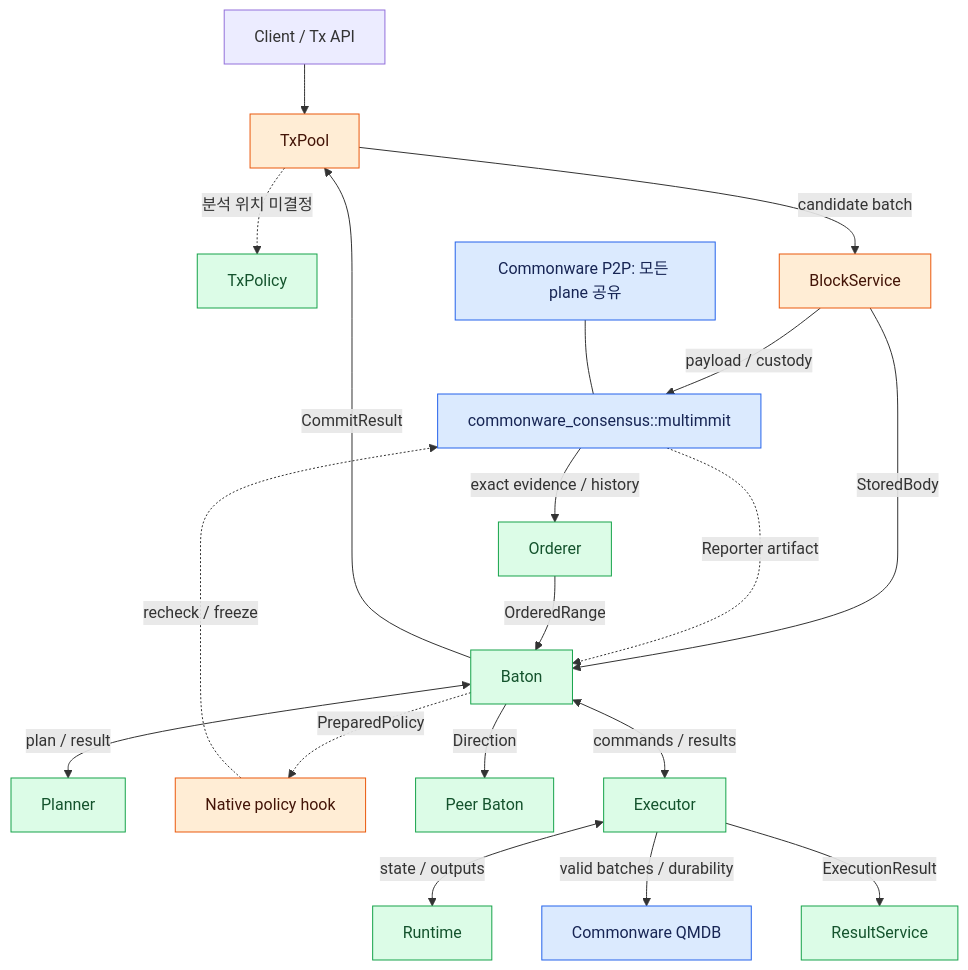
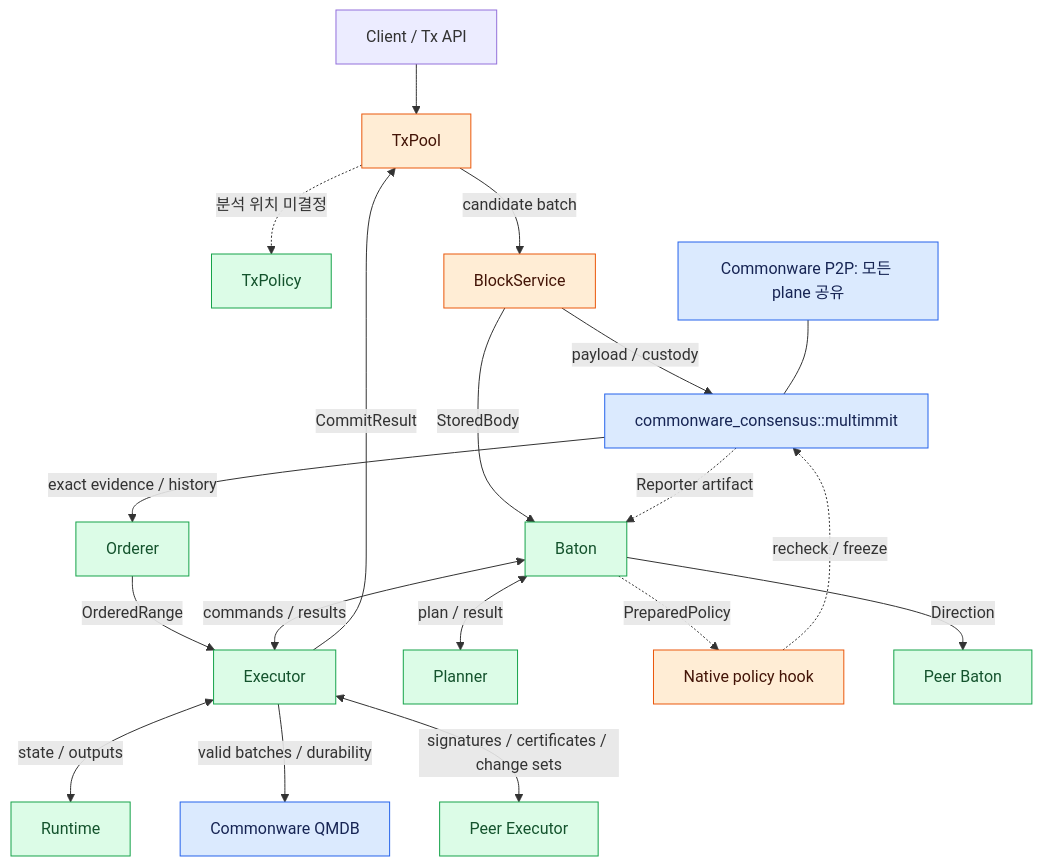
Before and after one commit to djm07073/baton-research: the first of 18 diagrams in IMPLEMENTATION_SPEC.md, drawn with Mermaid. The commit also changed other lines of this file and 30 other files, not shown here.

````diff
--- a/IMPLEMENTATION_SPEC.md
+++ b/IMPLEMENTATION_SPEC.md
@@ -30,27 +30,27 @@
 ```mermaid
 flowchart TB
     C[Client / Tx API] --> T[TxPool]
     T -. 분석 위치 미결정 .-> X[TxPolicy]
     T -->|candidate batch| B[BlockService]
     B -->|payload / custody| N[commonware_consensus::multimmit]
     N -->|exact evidence / history| M[Orderer]
     B -->|StoredBody| O[Baton]
     N -. Reporter artifact .-> O
-    M -->|OrderedRange| O
+    M -->|OrderedRange| E
     O <-->|plan / result| P[Planner]
     O -. PreparedPolicy .-> H[Native policy hook]
     H -. recheck / freeze .-> N
     O -->|Direction| PE[Peer Baton]
     O <-->|commands / results| E[Executor]
     E <-->|state / outputs| R[Runtime]
     E -->|valid batches / durability| S[Commonware QMDB]
-    E -->|ExecutionResult| V[ResultService]
-    O -->|CommitResult| T
+    E <-->|signatures / certificates / change sets| V[Peer Executor]
+    E -->|CommitResult| T
     NET[Commonware P2P: 모든 plane 공유] --- N
     classDef reuse fill:#dbeafe,stroke:#2563eb,color:#172554;
     classDef adapt fill:#ffedd5,stroke:#ea580c,color:#431407;
     classDef new fill:#dcfce7,stroke:#16a34a,color:#14532d;
     class N,NET,S reuse;
     class T,B,H adapt;
     class X,M,O,P,PE,E,R,V new;
 ```
````
